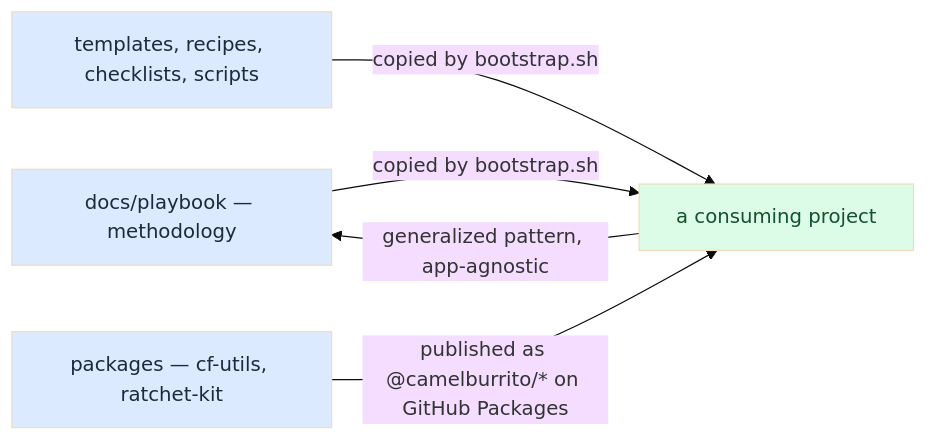
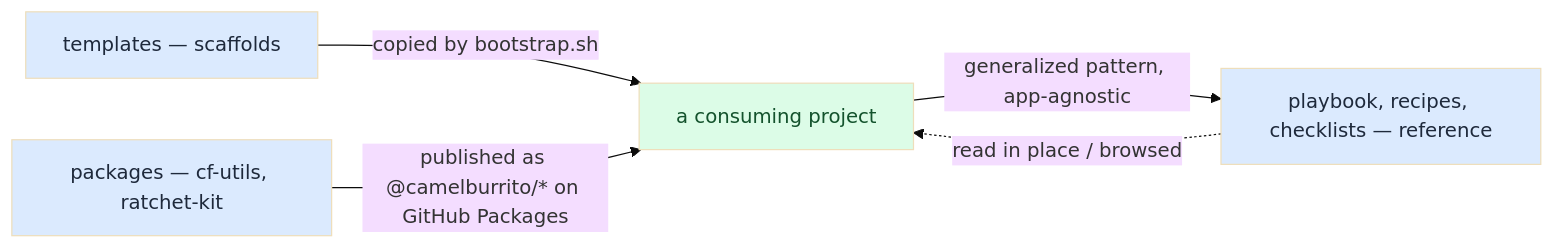
The first of 3 diagrams in docs/architecture/baseline-and-upstreaming.md (camelburrito/keel), drawn with Mermaid (base theme) before and after one commit. The commit also changed other lines of this file and 2 other files, not shown here.

First line of the commit message:
fix(ralph): close PR #6 iteration 01 finding — bootstrap distribution accuracy

````diff
--- a/docs/architecture/baseline-and-upstreaming.md
+++ b/docs/architecture/baseline-and-upstreaming.md
@@ -8,15 +8,15 @@
 ```mermaid
 flowchart LR
-    PB["docs/playbook — methodology"]
+    TPL["templates — scaffolds"]
     PKG["packages — cf-utils, ratchet-kit"]
-    TPL["templates, recipes, checklists, scripts"]
+    REF["playbook, recipes, checklists — reference"]
     PROJ["a consuming project"]
     TPL -->|"copied by bootstrap.sh"| PROJ
-    PB -->|"copied by bootstrap.sh"| PROJ
     PKG -->|"published as @camelburrito/* on GitHub Packages"| PROJ
-    PROJ -->|"generalized pattern, app-agnostic"| PB
+    REF -.->|"read in place / browsed"| PROJ
+    PROJ -->|"generalized pattern, app-agnostic"| REF
     classDef src fill:#dbeafe,color:#1e293b
     classDef dst fill:#dcfce7,color:#14532d
-    class PB,PKG,TPL src
+    class TPL,PKG,REF src
     class PROJ dst
 ```
````
